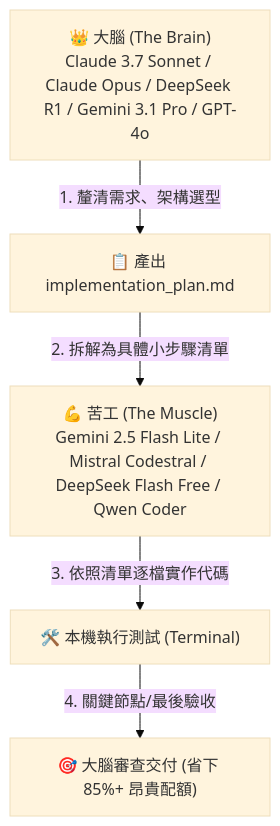
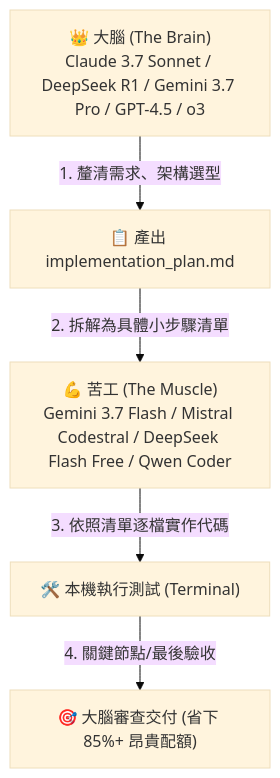
One commit to xup61069/HakkaAICODE changed the first of 2 diagrams in README.md. Above: the diagram before and after it, drawn with Mermaid (base theme). The commit also changed other lines of this file and 3 other files, not shown here.

Commit message:
Update all model names to latest releases (Claude 3.7 Sonnet, Gemini 3.7 Pro/Flash, DeepSeek R1/V3, GPT-4.5/o3)

````diff
--- a/README.md
+++ b/README.md
@@ -41,7 +41,7 @@
 ```mermaid
 flowchart TD
-    A["👑 大腦 (The Brain)<br>Claude 3.7 Sonnet / Claude Opus / DeepSeek R1 / Gemini 3.1 Pro / GPT-4o"] -->|1. 釐清需求、架構選型| B["📋 產出 implementation_plan.md"]
-    B -->|2. 拆解為具體小步驟清單| C["💪 苦工 (The Muscle)<br>Gemini 2.5 Flash Lite / Mistral Codestral / DeepSeek Flash Free / Qwen Coder"]
+    A["👑 大腦 (The Brain)<br>Claude 3.7 Sonnet / DeepSeek R1 / Gemini 3.7 Pro / GPT-4.5 / o3"] -->|1. 釐清需求、架構選型| B["📋 產出 implementation_plan.md"]
+    B -->|2. 拆解為具體小步驟清單| C["💪 苦工 (The Muscle)<br>Gemini 3.7 Flash / Mistral Codestral / DeepSeek Flash Free / Qwen Coder"]
     C -->|3. 依照清單逐檔實作代碼| D["🛠️ 本機執行測試 (Terminal)"]
     D -->|4. 關鍵節點/最後驗收| E["🎯 大腦審查交付 (省下 85%+ 昂貴配額)"]
 ```
````
